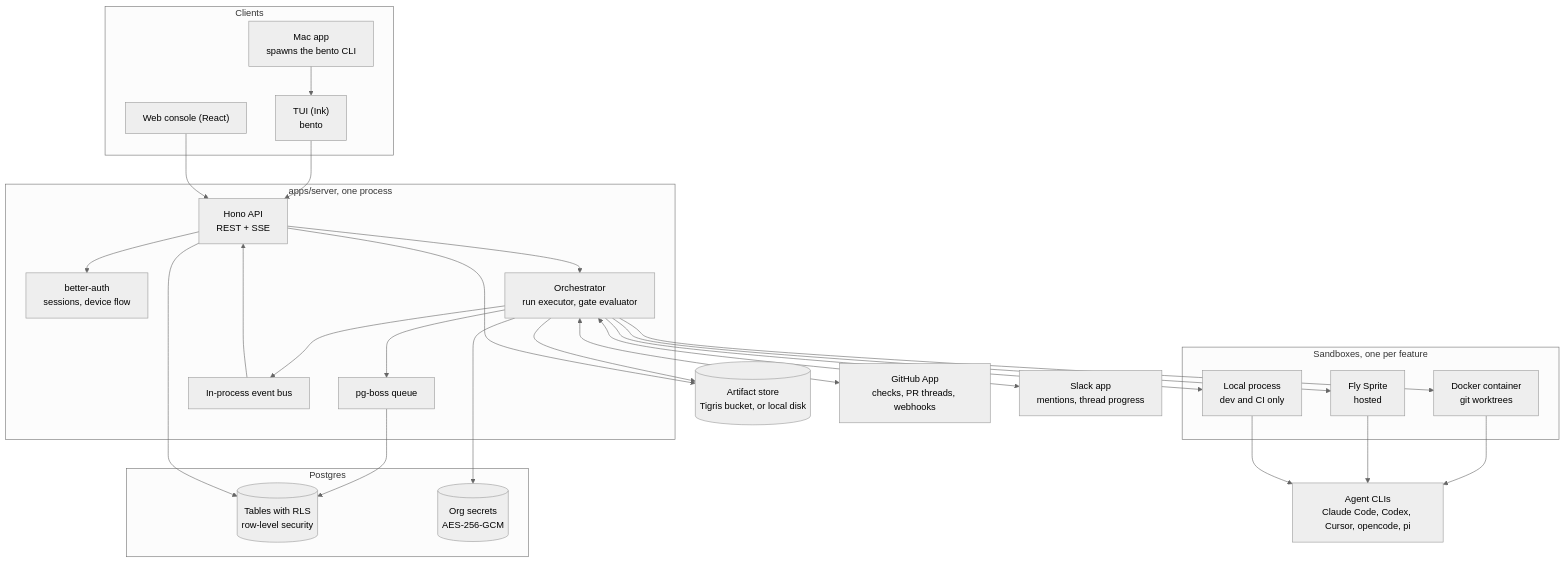
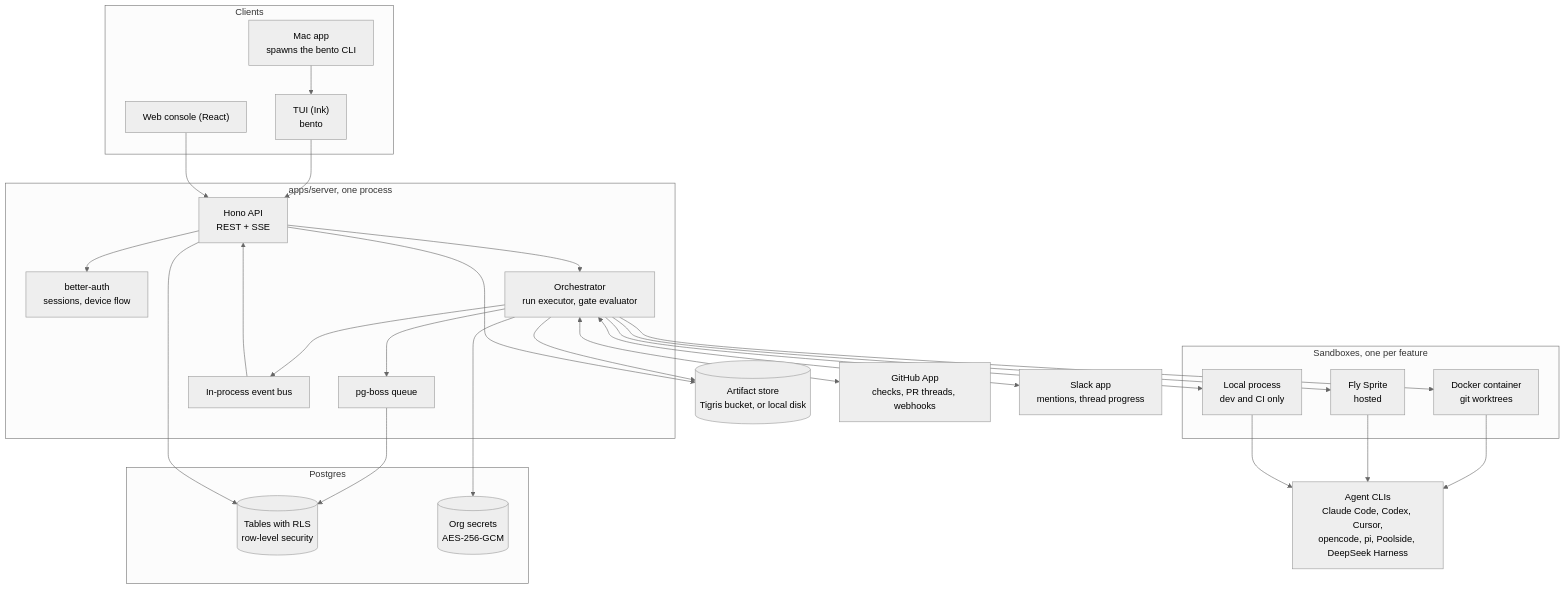
One commit to danielpang/bento changed the first of 4 diagrams in docs/architecture.md. Above: the diagram before and after it, drawn with Mermaid (neutral theme). The commit also changed 5 other files, not shown here.

````diff
--- a/docs/architecture.md
+++ b/docs/architecture.md
@@ -9,55 +9,55 @@
 ```mermaid
 flowchart TB
     subgraph clients [Clients]
         tui["TUI (Ink)<br/>bento"]
         web["Web console (React)"]
         mac["Mac app<br/>spawns the bento CLI"]
     end
 
     subgraph server [apps/server, one process]
         api["Hono API<br/>REST + SSE"]
         auth["better-auth<br/>sessions, device flow"]
         orch["Orchestrator<br/>run executor, gate evaluator"]
         queue["pg-boss queue"]
         bus["In-process event bus"]
     end
 
     subgraph data [Postgres]
         db[("Tables with RLS<br/>row-level security")]
         secrets[("Org secrets<br/>AES-256-GCM")]
     end
 
     store[("Artifact store<br/>Tigris bucket, or local disk")]
 
     subgraph sandboxes [Sandboxes, one per feature]
         docker["Docker container<br/>git worktrees"]
         sprite["Fly Sprite<br/>hosted"]
         localproc["Local process<br/>dev and CI only"]
     end
 
-    agents["Agent CLIs<br/>Claude Code, Codex, Cursor, opencode, pi"]
+    agents["Agent CLIs<br/>Claude Code, Codex, Cursor,<br/>opencode, pi, Poolside, DeepSeek Harness"]
     github["GitHub App<br/>checks, PR threads, webhooks"]
     slack["Slack app<br/>mentions, thread progress"]
 
     tui --> api
     web --> api
     mac --> tui
     api --> auth
     api --> orch
     orch --> queue
     queue --> db
     api --> db
     orch --> secrets
     orch --> docker
     orch --> sprite
     orch --> localproc
     docker --> agents
     sprite --> agents
     localproc --> agents
     orch <--> github
     orch <--> slack
     orch --> bus
     bus --> api
     orch --> store
     api --> store
 ```
````
